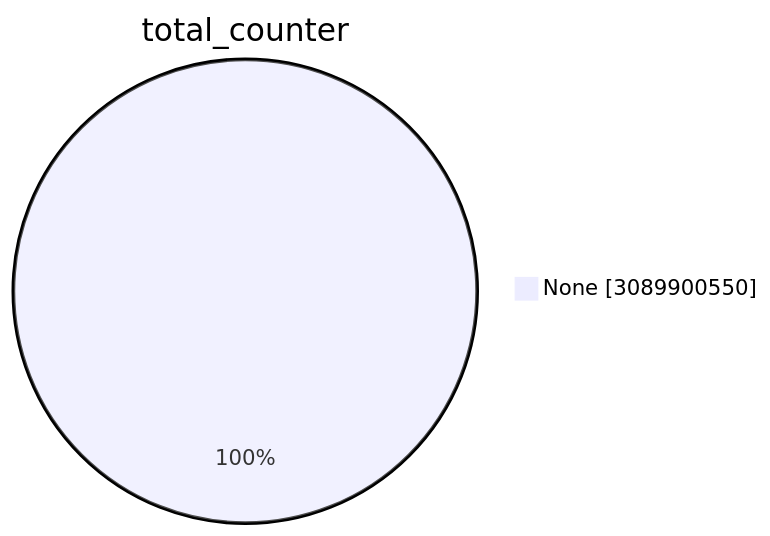
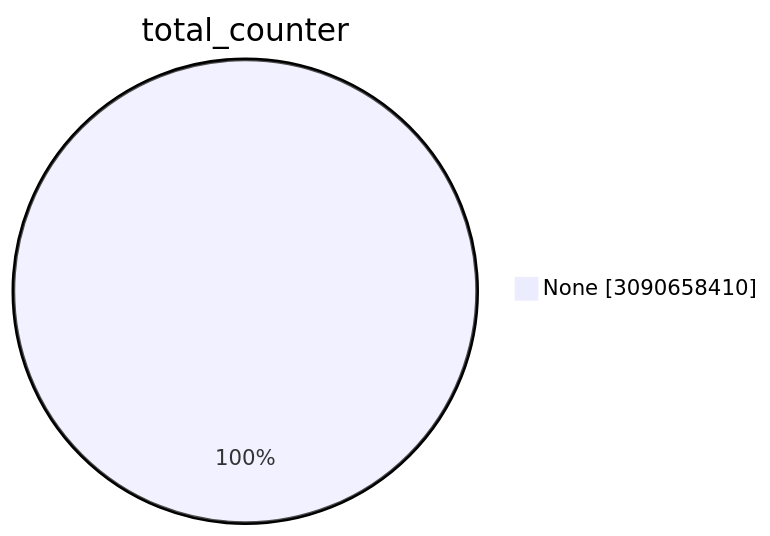
Before and after one commit to christiankrug/ctmonitor_visualization: the first of 15 diagrams in TOTAL/README.md, drawn with Mermaid. The commit also changed other lines of this file, not shown here.

````diff
--- a/TOTAL/README.md
+++ b/TOTAL/README.md
@@ -1,5 +1,5 @@
 ```mermaid
 pie showData
 title total_counter
-"None" :3089900550
+"None" :3090658410
 ```
````
